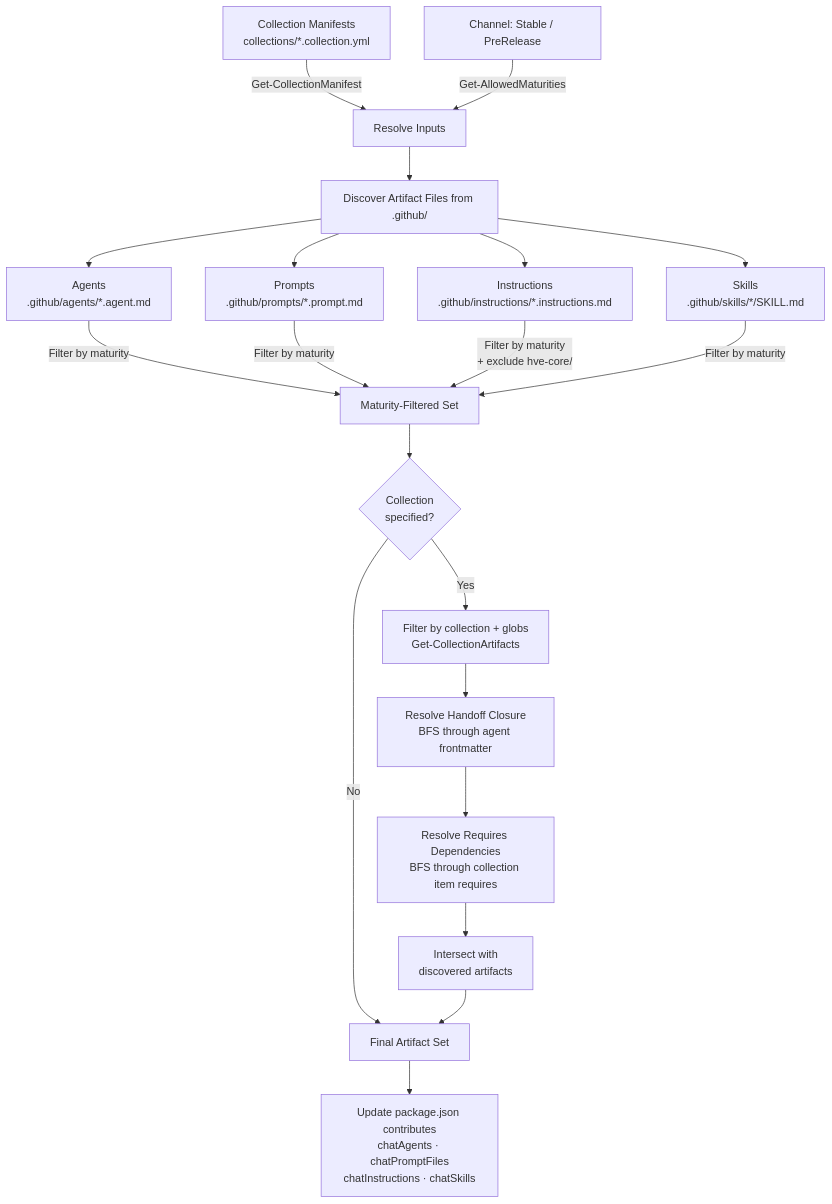
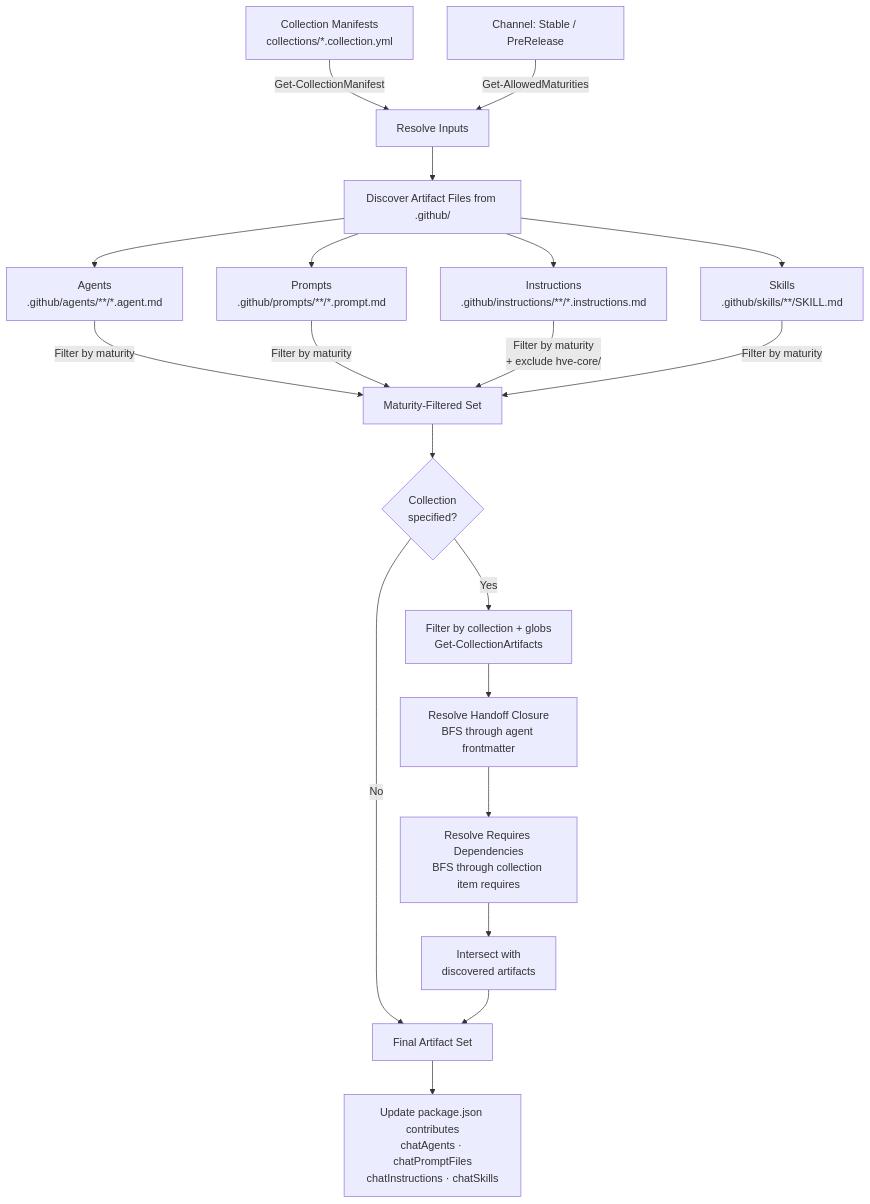
The second of 4 diagrams in extension/PACKAGING.md (microsoft/hve-core), drawn with Mermaid before and after one commit. The commit also changed 572 other files, not shown here.

Commit message:
fix: migrate all prompt and agent files into subfolders for collections

````diff
--- a/extension/PACKAGING.md
+++ b/extension/PACKAGING.md
@@ -89,27 +89,27 @@
 ```mermaid
 flowchart TB
     CM["Collection Manifests<br/>collections/*.collection.yml"] -->|Get-CollectionManifest| INPUTS
     CH[Channel: Stable / PreRelease] -->|Get-AllowedMaturities| INPUTS
 
     INPUTS[Resolve Inputs] --> DISC[Discover Artifact Files from .github/]
 
-    DISC --> AG["Agents<br/>.github/agents/*.agent.md"]
-    DISC --> PR["Prompts<br/>.github/prompts/*.prompt.md"]
-    DISC --> IN["Instructions<br/>.github/instructions/*.instructions.md"]
-    DISC --> SK["Skills<br/>.github/skills/*/SKILL.md"]
+    DISC --> AG["Agents<br/>.github/agents/**/*.agent.md"]
+    DISC --> PR["Prompts<br/>.github/prompts/**/*.prompt.md"]
+    DISC --> IN["Instructions<br/>.github/instructions/**/*.instructions.md"]
+    DISC --> SK["Skills<br/>.github/skills/**/SKILL.md"]
 
     AG -->|Filter by maturity| FM[Maturity-Filtered Set]
     PR -->|Filter by maturity| FM
     IN -->|"Filter by maturity<br/>+ exclude hve-core/"| FM
     SK -->|Filter by maturity| FM
 
     FM --> CF{"Collection<br/>specified?"}
     CF -->|No| FINAL[Final Artifact Set]
     CF -->|Yes| PA["Filter by collection + globs<br/>Get-CollectionArtifacts"]
     PA --> HD["Resolve Handoff Closure<br/>BFS through agent frontmatter"]
     HD --> RD["Resolve Requires Dependencies<br/>BFS through collection item requires"]
     RD --> INT["Intersect with<br/>discovered artifacts"]
     INT --> FINAL
 
     FINAL --> UPD["Update package.json contributes<br/>chatAgents · chatPromptFiles<br/>chatInstructions · chatSkills"]
 ```
````
